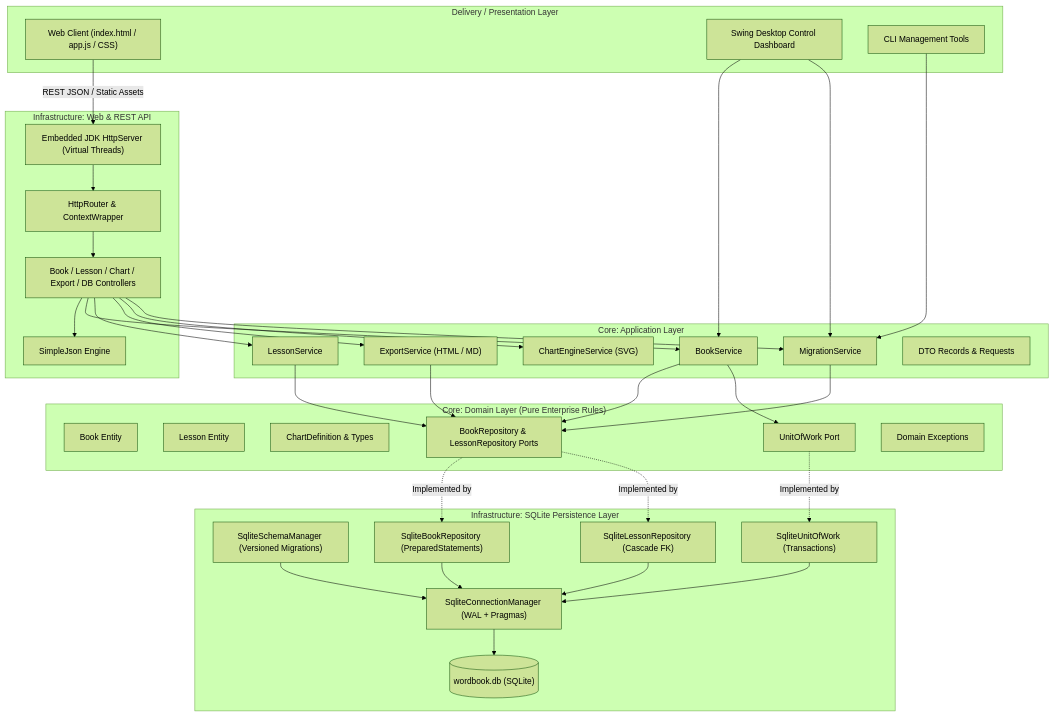
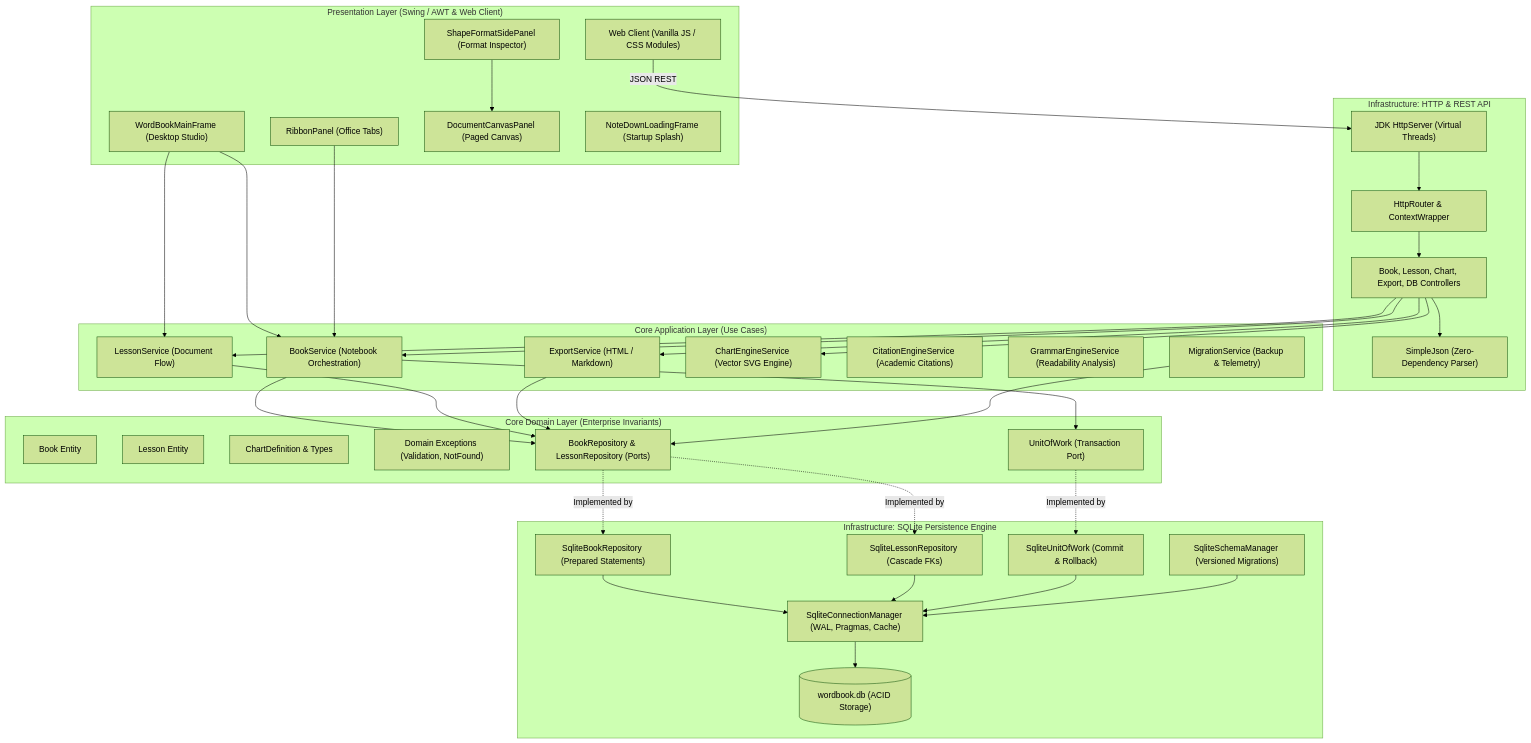
The first of 2 diagrams in README.md (DinethChanuka/Mikey-Note), drawn with Mermaid (forest theme) before and after one commit. The commit also changed other lines of this file, not shown here.

Commit message:
Rewrite README.md with comprehensive enterprise-grade documentation

````diff
--- a/README.md
+++ b/README.md
@@ -14,73 +77,79 @@
 ```mermaid
 graph TD
-    subgraph UI ["Delivery / Presentation Layer"]
-        BrowserUI["Web Client (index.html / app.js / CSS)"]
-        DesktopGUI["Swing Desktop Control Dashboard"]
-        CLI["CLI Management Tools"]
+    subgraph UI ["Presentation Layer (Swing / AWT & Web Client)"]
+        WordBookMainFrame["WordBookMainFrame (Desktop Studio)"]
+        RibbonPanel["RibbonPanel (Office Tabs)"]
+        ShapeFormatSidePanel["ShapeFormatSidePanel (Format Inspector)"]
+        DocumentCanvasPanel["DocumentCanvasPanel (Paged Canvas)"]
+        LoadingFrame["NoteDownLoadingFrame (Startup Splash)"]
+        WebUI["Web Client (Vanilla JS / CSS Modules)"]
     end
 
-    subgraph Web ["Infrastructure: Web & REST API"]
-        HttpServer["Embedded JDK HttpServer (Virtual Threads)"]
-        Router["HttpRouter & ContextWrapper"]
-        Controllers["Book / Lesson / Chart / Export / DB Controllers"]
-        JSONEngine["SimpleJson Engine"]
+    subgraph WebApi ["Infrastructure: HTTP & REST API"]
+        HttpServer["JDK HttpServer (Virtual Threads)"]
+        HttpRouter["HttpRouter & ContextWrapper"]
+        Controllers["Book, Lesson, Chart, Export, DB Controllers"]
+        SimpleJson["SimpleJson (Zero-Dependency Parser)"]
     end
 
-    subgraph CoreApp ["Core: Application Layer"]
-        BookService["BookService"]
-        LessonService["LessonService"]
-        ExportService["ExportService (HTML / MD)"]
-        ChartService["ChartEngineService (SVG)"]
-        MigrationService["MigrationService"]
-        DTOs["DTO Records & Requests"]
+    subgraph AppService ["Core Application Layer (Use Cases)"]
+        BookService["BookService (Notebook Orchestration)"]
+        LessonService["LessonService (Document Flow)"]
+        ExportService["ExportService (HTML / Markdown)"]
+        ChartEngineService["ChartEngineService (Vector SVG Engine)"]
+        CitationEngineService["CitationEngineService (Academic Citations)"]
+        GrammarEngineService["GrammarEngineService (Readability Analysis)"]
+        MigrationService["MigrationService (Backup & Telemetry)"]
     end
 
-    subgraph CoreDomain ["Core: Domain Layer (Pure Enterprise Rules)"]
-        BookModel["Book Entity"]
-        LessonModel["Lesson Entity"]
-        ChartModel["ChartDefinition & Types"]
-        RepoPorts["BookRepository & LessonRepository Ports"]
-        UoWPort["UnitOfWork Port"]
-        Exceptions["Domain Exceptions"]
+    subgraph DomainCore ["Core Domain Layer (Enterprise Invariants)"]
+        BookEntity["Book Entity"]
+        LessonEntity["Lesson Entity"]
+        ChartDef["ChartDefinition & Types"]
+        DomainExceptions["Domain Exceptions (Validation, NotFound)"]
+        RepoPorts["BookRepository & LessonRepository (Ports)"]
+        UoWPort["UnitOfWork (Transaction Port)"]
     end
 
-    subgraph Persistence ["Infrastructure: SQLite Persistence Layer"]
-        ConnManager["SqliteConnectionManager (WAL + Pragmas)"]
+    subgraph Persistence ["Infrastructure: SQLite Persistence Engine"]
+        ConnManager["SqliteConnectionManager (WAL, Pragmas, Cache)"]
         SchemaManager["SqliteSchemaManager (Versioned Migrations)"]
-        BookRepoImpl["SqliteBookRepository (PreparedStatements)"]
-        LessonRepoImpl["SqliteLessonRepository (Cascade FK)"]
-        UoWImpl["SqliteUnitOfWork (Transactions)"]
-        DBFile[("wordbook.db (SQLite)")]
+        BookRepoImpl["SqliteBookRepository (Prepared Statements)"]
+        LessonRepoImpl["SqliteLessonRepository (Cascade FKs)"]
+        UoWImpl["SqliteUnitOfWork (Commit & Rollback)"]
+        SQLiteDB[("wordbook.db (ACID Storage)")]
     end
 
-    BrowserUI -->|REST JSON / Static Assets| HttpServer
-    DesktopGUI --> BookService
-    DesktopGUI --> MigrationService
-    CLI --> MigrationService
-
-    HttpServer --> Router
-    Router --> Controllers
-    Controllers --> JSONEngine
+    %% Presentation to Application
+    WordBookMainFrame --> BookService
+    WordBookMainFrame --> LessonService
+    RibbonPanel --> BookService
+    ShapeFormatSidePanel --> DocumentCanvasPanel
+    WebUI -->|JSON REST| HttpServer
+    HttpServer --> HttpRouter
+    HttpRouter --> Controllers
+    Controllers --> SimpleJson
     Controllers --> BookService
     Controllers --> LessonService
     Controllers --> ExportService
-    Controllers --> ChartService
-    Controllers --> MigrationService
+    Controllers --> ChartEngineService
 
+    %% Application to Domain Ports
     BookService --> RepoPorts
+    BookService --> UoWPort
     LessonService --> RepoPorts
     ExportService --> RepoPorts
     MigrationService --> RepoPorts
-    BookService --> UoWPort
 
+    %% Ports Implemented by Infrastructure
     RepoPorts -.->|Implemented by| BookRepoImpl
     RepoPorts -.->|Implemented by| LessonRepoImpl
     UoWPort -.->|Implemented by| UoWImpl
 
+    %% Persistence to SQLite DB
     BookRepoImpl --> ConnManager
     LessonRepoImpl --> ConnManager
     UoWImpl --> ConnManager
     SchemaManager --> ConnManager
-
-    ConnManager --> DBFile
+    ConnManager --> SQLiteDB
 ```
````
